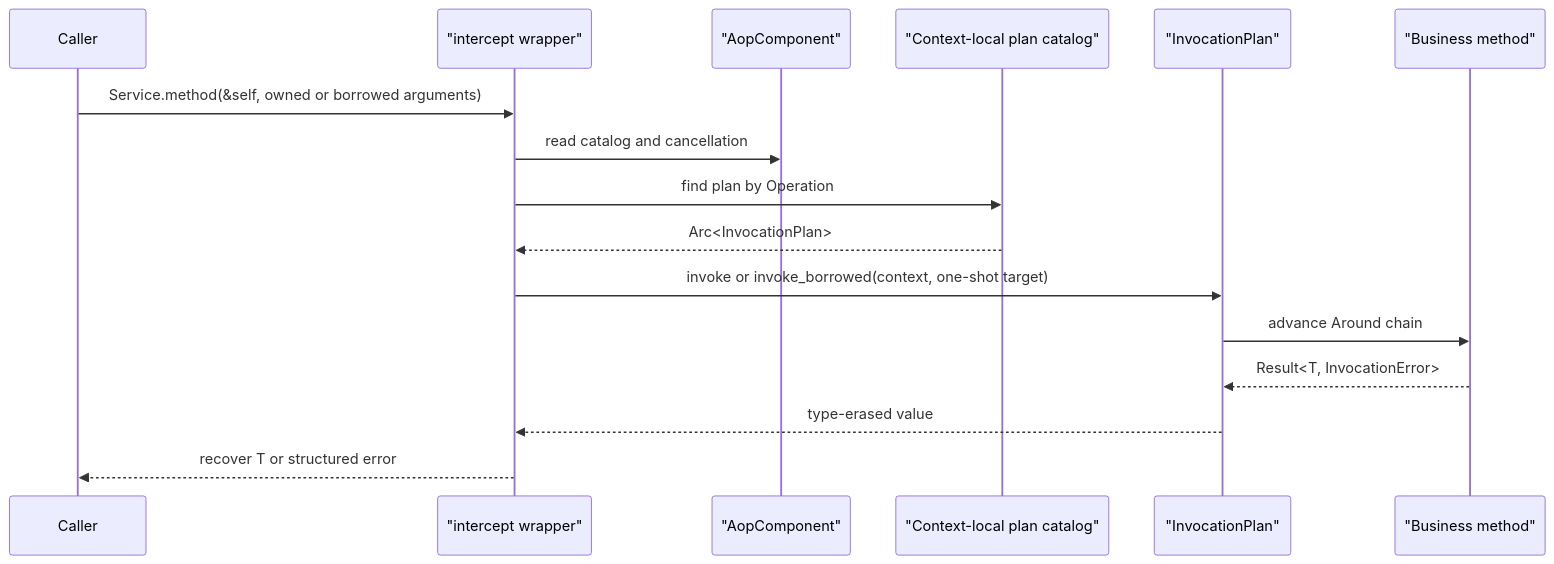
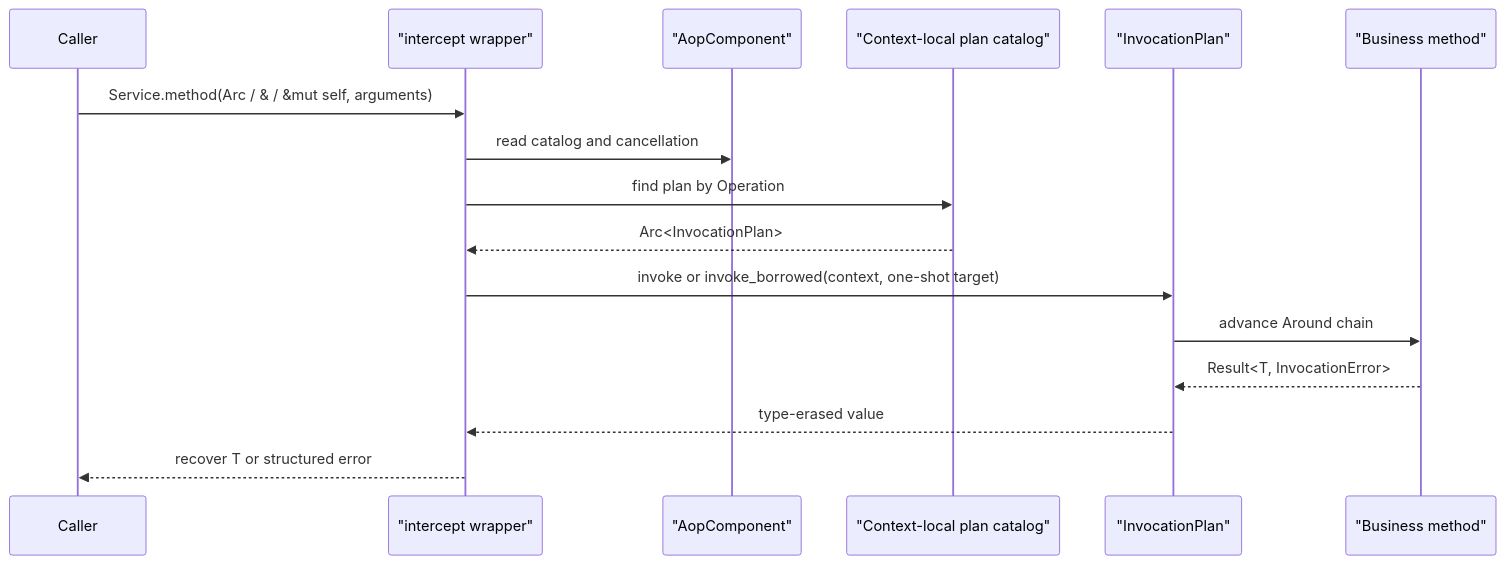
Before and after one commit to easy-4-rust/vernal: the tenth of 22 diagrams in docs/Vernal-Architecture.md, drawn with Mermaid. The commit also changed other lines of this file and 15 other files, not shown here.

````diff
--- a/docs/Vernal-Architecture.md
+++ b/docs/Vernal-Architecture.md
@@ -727,19 +739,19 @@
 ```mermaid
 sequenceDiagram
     participant Caller
     participant Macro as "intercept wrapper"
     participant Component as "AopComponent"
     participant Catalog as "Context-local plan catalog"
     participant Plan as "InvocationPlan"
     participant Target as "Business method"
 
-    Caller->>Macro: Service.method(&self, owned or borrowed arguments)
+    Caller->>Macro: Service.method(Arc / & / &mut self, arguments)
     Macro->>Component: read catalog and cancellation
     Macro->>Catalog: find plan by Operation
     Catalog-->>Macro: Arc<InvocationPlan>
     Macro->>Plan: invoke or invoke_borrowed(context, one-shot target)
     Plan->>Target: advance Around chain
     Target-->>Plan: Result<T, InvocationError>
     Plan-->>Macro: type-erased value
     Macro-->>Caller: recover T or structured error
 ```
````
